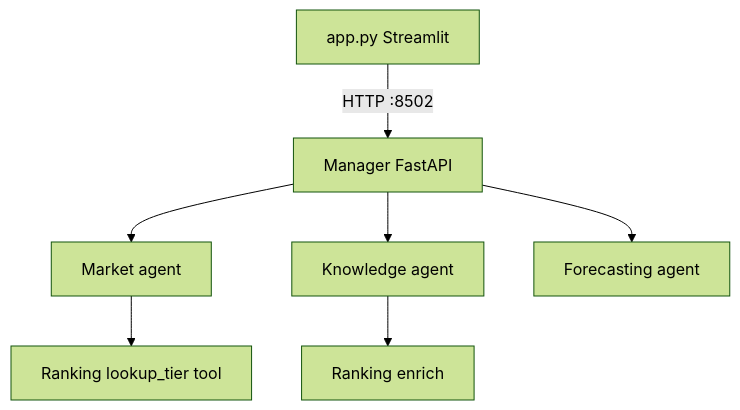
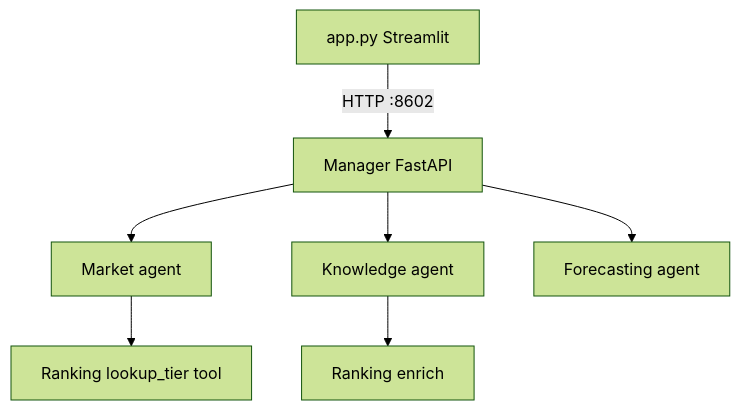
The diagram in docs/ARCHITECTURE_FUTURE.md (Sekki-vi/warframe), drawn with Mermaid (forest theme) before and after one commit. The commit also changed other lines of this file and 10 other files, not shown here.

````diff
--- a/docs/ARCHITECTURE_FUTURE.md
+++ b/docs/ARCHITECTURE_FUTURE.md
@@ -7,9 +7,9 @@
 ```mermaid
 flowchart TB
-  UI[app.py Streamlit] -->|HTTP :8502| Manager[Manager FastAPI]
+  UI[app.py Streamlit] -->|HTTP :8602| Manager[Manager FastAPI]
   Manager --> Market[Market agent]
   Manager --> Knowledge[Knowledge agent]
   Manager --> Forecasting[Forecasting agent]
   Knowledge --> Ranking[Ranking enrich]
   Market --> RankingTool[Ranking lookup_tier tool]
 ```
````
